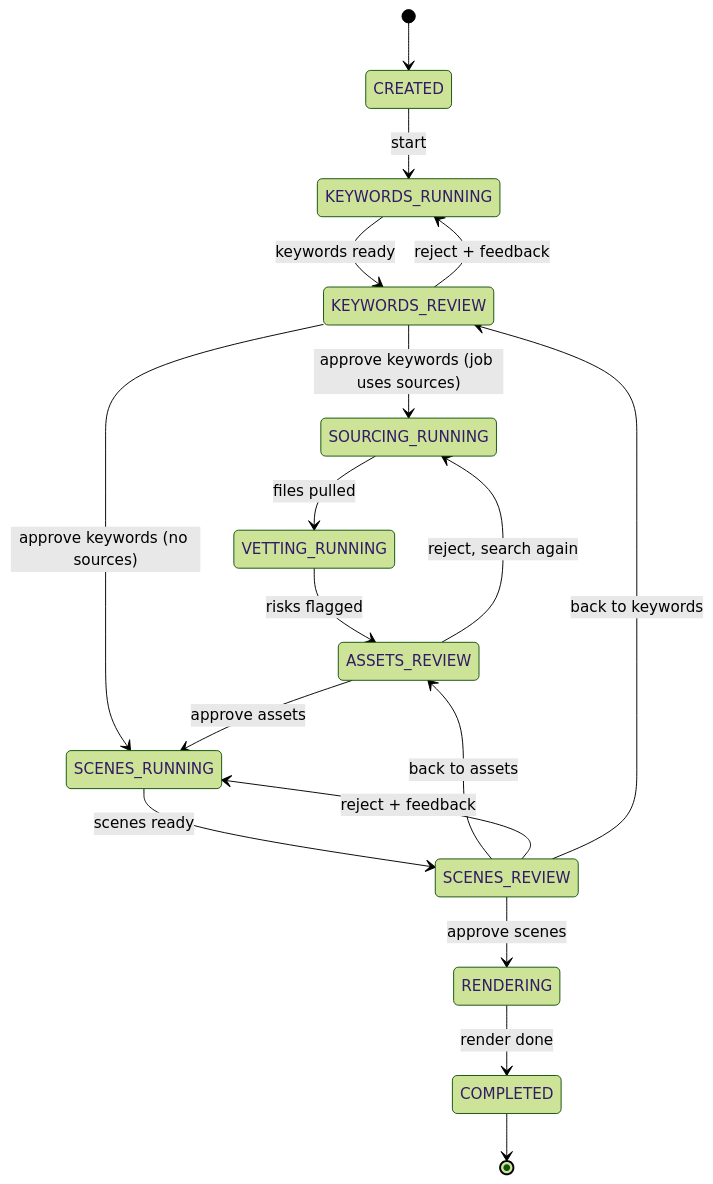
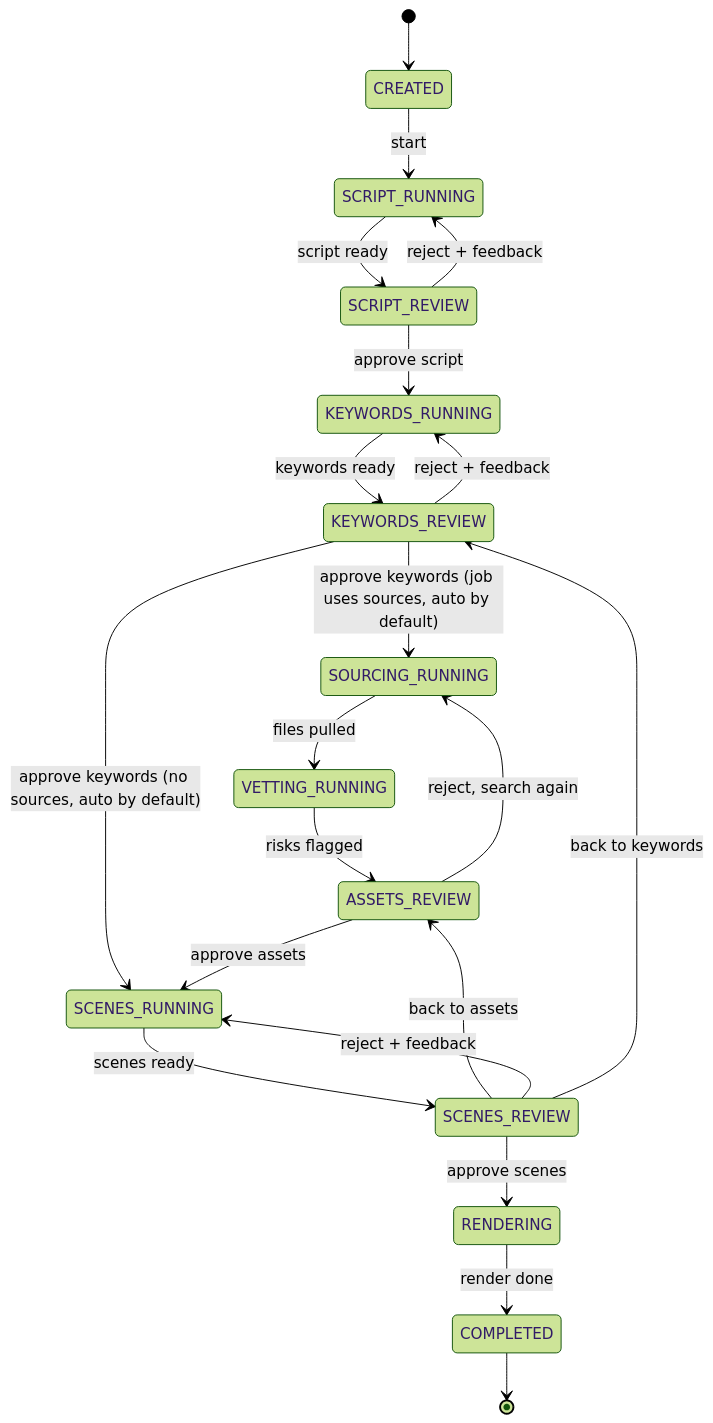
The diagram in README.md (alyssagan/hitl-shorts-pipeline), drawn with Mermaid (forest theme) before and after one commit. The commit also changed other lines of this file and 61 other files, not shown here.

````diff
--- a/README.md
+++ b/README.md
@@ -36,20 +37,23 @@
 ```mermaid
 stateDiagram-v2
     [*] --> CREATED
-    CREATED --> KEYWORDS_RUNNING: start
+    CREATED --> SCRIPT_RUNNING: start
+    SCRIPT_RUNNING --> SCRIPT_REVIEW: script ready
+    SCRIPT_REVIEW --> KEYWORDS_RUNNING: approve script
+    SCRIPT_REVIEW --> SCRIPT_RUNNING: reject + feedback
     KEYWORDS_RUNNING --> KEYWORDS_REVIEW: keywords ready
-    KEYWORDS_REVIEW --> SOURCING_RUNNING: approve keywords (job uses sources)
-    KEYWORDS_REVIEW --> SCENES_RUNNING: approve keywords (no sources)
+    KEYWORDS_REVIEW --> SOURCING_RUNNING: approve keywords (job uses sources, auto by default)
+    KEYWORDS_REVIEW --> SCENES_RUNNING: approve keywords (no sources, auto by default)
     KEYWORDS_REVIEW --> KEYWORDS_RUNNING: reject + feedback
     SOURCING_RUNNING --> VETTING_RUNNING: files pulled
     VETTING_RUNNING --> ASSETS_REVIEW: risks flagged
     ASSETS_REVIEW --> SCENES_RUNNING: approve assets
     ASSETS_REVIEW --> SOURCING_RUNNING: reject, search again
     SCENES_REVIEW --> ASSETS_REVIEW: back to assets
     SCENES_RUNNING --> SCENES_REVIEW: scenes ready
     SCENES_REVIEW --> RENDERING: approve scenes
     SCENES_REVIEW --> SCENES_RUNNING: reject + feedback
     SCENES_REVIEW --> KEYWORDS_REVIEW: back to keywords
     RENDERING --> COMPLETED: render done
     COMPLETED --> [*]
 ```
````
